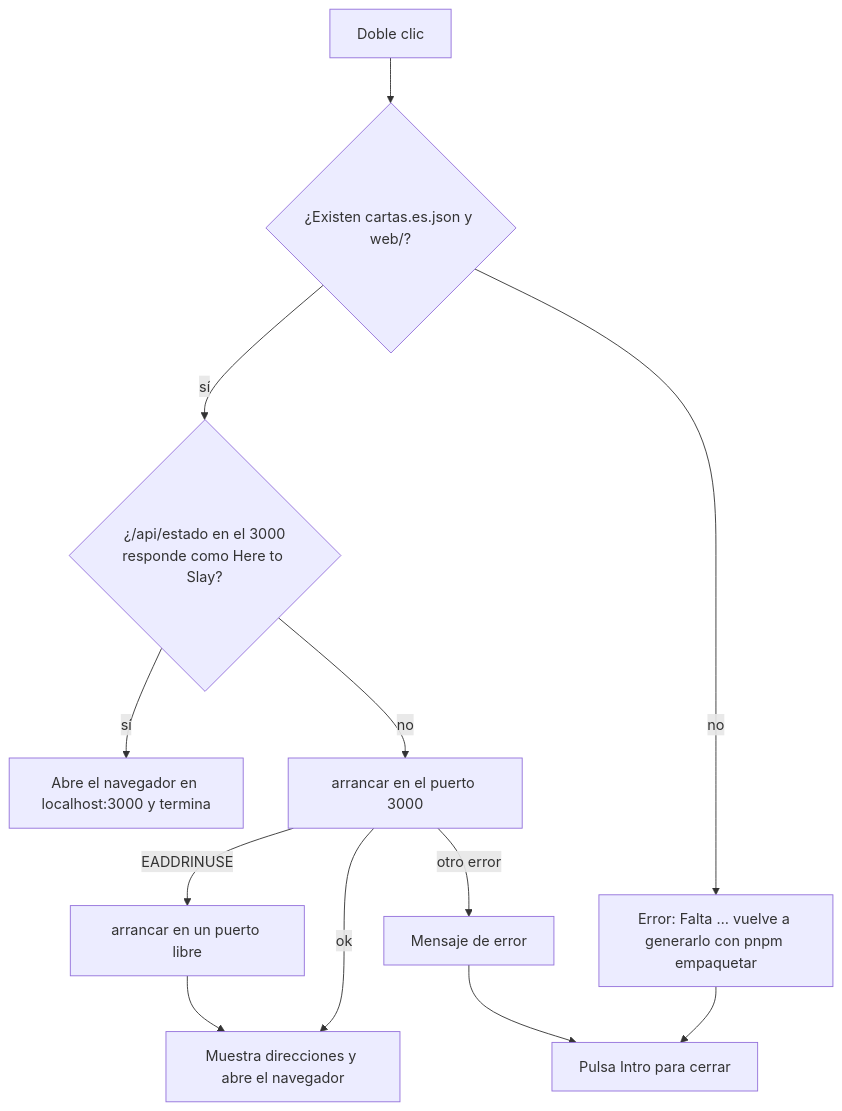
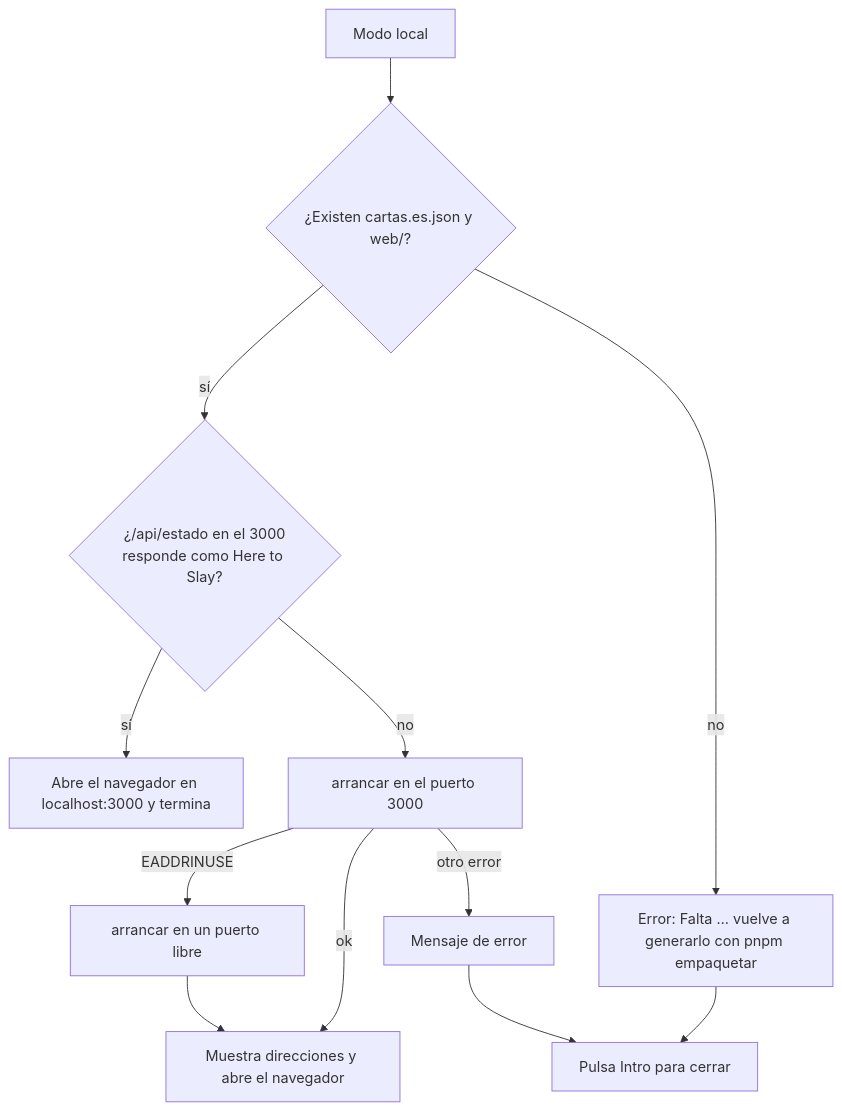
One commit to dbermudeza/here-to-slay-es changed the third of 3 diagrams in docs/ESCRITORIO.md. Above: the diagram before and after it, drawn with Mermaid. The commit also changed other lines of this file and 6 other files, not shown here.

First line of the commit message:
Ejecutable: elegir entre la web de Render y el servidor local

````diff
--- a/docs/ESCRITORIO.md
+++ b/docs/ESCRITORIO.md
@@ -103,14 +155,14 @@
 ```mermaid
 flowchart TD
-    A[Doble clic] --> B{¿Existen cartas.es.json y web/?}
+    A[Modo local] --> B{¿Existen cartas.es.json y web/?}
     B -- no --> E1[Error: Falta … vuelve a generarlo con pnpm empaquetar]
     B -- sí --> C{¿/api/estado en el 3000<br/>responde como Here to Slay?}
     C -- sí --> N1[Abre el navegador en localhost:3000 y termina]
     C -- no --> D[arrancar en el puerto 3000]
     D -- EADDRINUSE --> F[arrancar en un puerto libre]
     D -- ok --> G[Muestra direcciones y abre el navegador]
     F --> G
     D -- otro error --> E2[Mensaje de error]
     E1 --> W[Pulsa Intro para cerrar]
     E2 --> W
 ```
````
